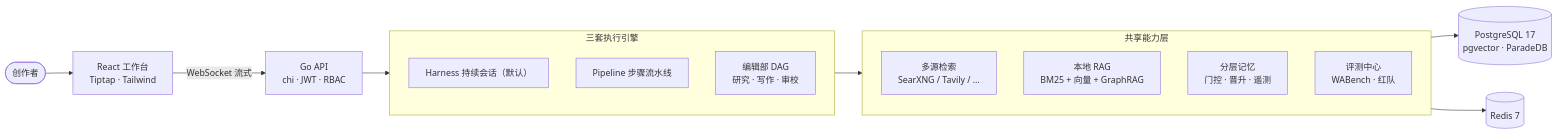
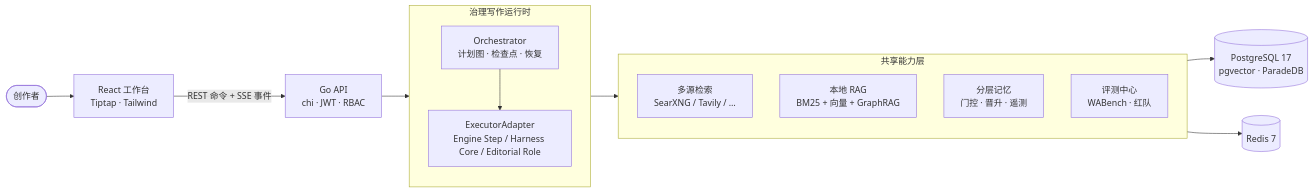
The first of 2 diagrams in README.md (Echo-Smith/LuminWrite-OSS), drawn with Mermaid before and after one commit. The commit also changed other lines of this file and 1 other file, not shown here.

First line of the commit message:
docs(readme): governed runtime is the backbone, WebSocket retired

````diff
--- a/README.md
+++ b/README.md
@@ -36,20 +36,20 @@
 ```mermaid
 flowchart LR
     U([创作者]) --> FE[React 工作台<br/>Tiptap · Tailwind]
-    FE -->|WebSocket 流式| API[Go API<br/>chi · JWT · RBAC]
-    subgraph RUN[三套执行引擎]
-        H["Harness 持续会话（默认）"]
-        P[Pipeline 步骤流水线]
-        D["编辑部 DAG<br/>研究 · 写作 · 审校"]
+    FE -->|REST 命令 + SSE 事件| API[Go API<br/>chi · JWT · RBAC]
+    subgraph RUN[治理写作运行时]
+        O["Orchestrator<br/>计划图 · 检查点 · 恢复"]
+        E["ExecutorAdapter<br/>Engine Step / Harness Core / Editorial Role"]
+        O --> E
     end
     API --> RUN
     subgraph CAP[共享能力层]
         S[多源检索<br/>SearXNG / Tavily / …]
         K[本地 RAG<br/>BM25 + 向量 + GraphRAG]
         M[分层记忆<br/>门控 · 晋升 · 遥测]
-        E[评测中心<br/>WABench · 红队]
+        V[评测中心<br/>WABench · 红队]
     end
     RUN --> CAP
     CAP --> DB[(PostgreSQL 17<br/>pgvector · ParadeDB)]
     CAP --> RD[(Redis 7)]
 ```
````
